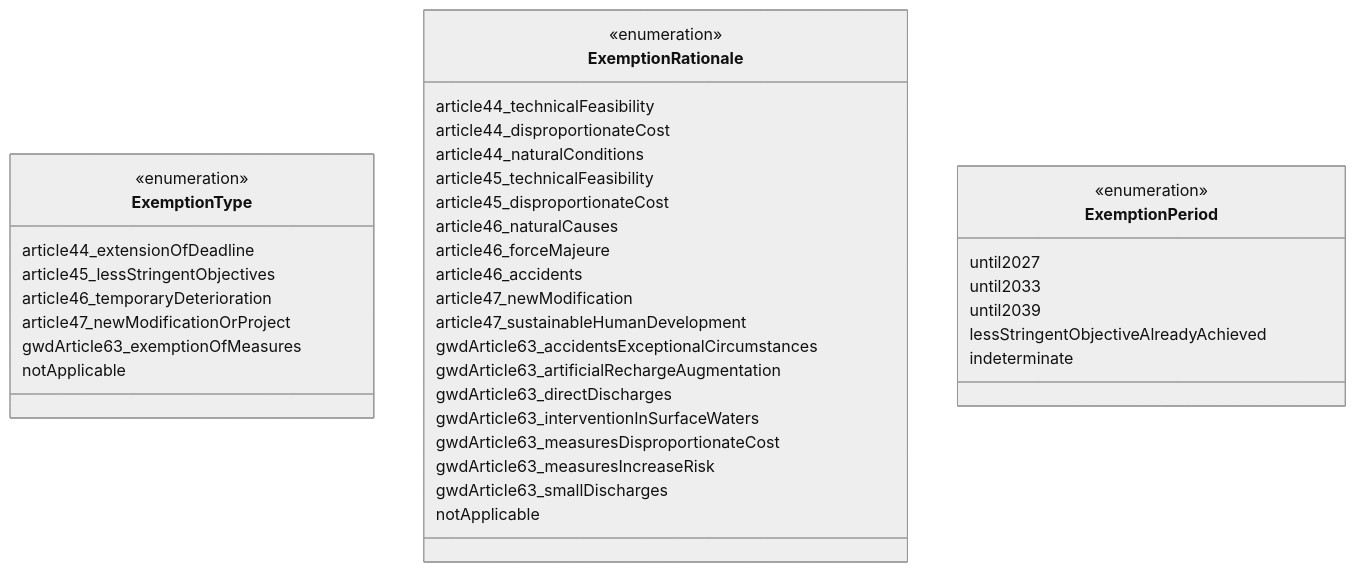
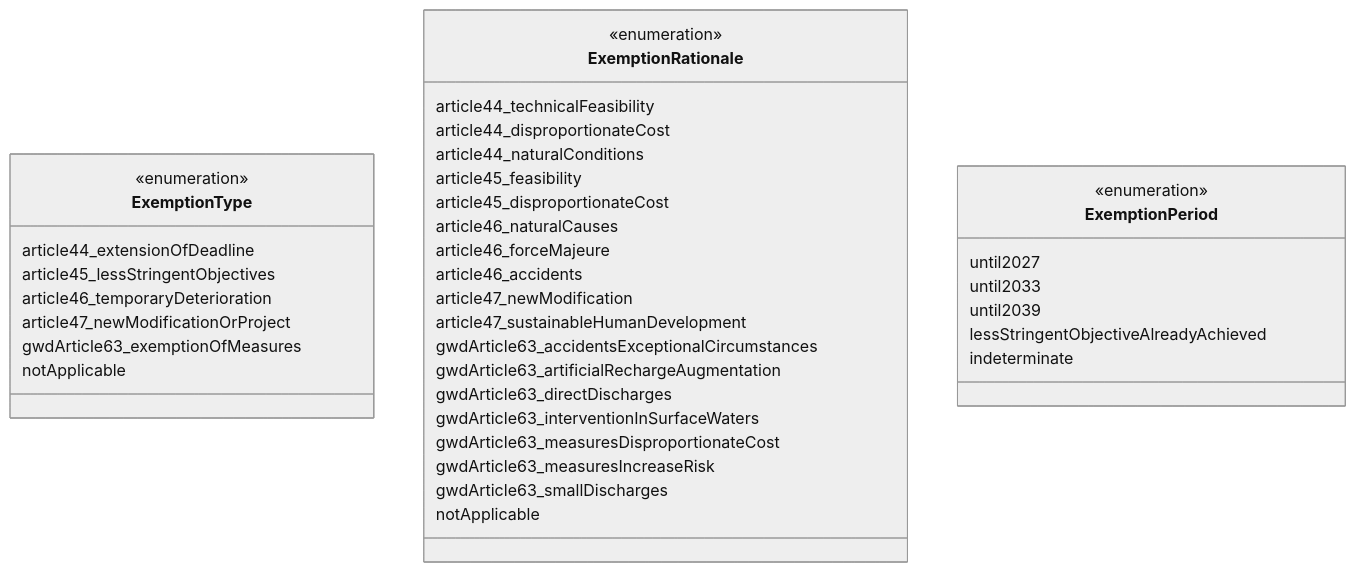
One commit to eeadata/WISE.WFD.Documentation changed the ninth of 9 diagrams in docs/DataModelReview/WFDExemptions.md. Above: the diagram before and after it, drawn with Mermaid. The commit also changed other lines of this file and 3 other files, not shown here.

Commit message:
WFD Exemptions: clarification of the flowcharts, correction of codelist and typos, as per JM feedback 20 April 2026 16:06

````diff
--- a/docs/DataModelReview/WFDExemptions.md
+++ b/docs/DataModelReview/WFDExemptions.md
@@ -315,47 +317,47 @@
 ```{mermaid}
 :name: ExemptionCodelist
 :caption: Codelists associated with the Exemption classes - 4th cycle
 :align: center
 %%{init: {'theme': 'neutral'}}%%
 classDiagram
 class ExemptionType{
     <<enumeration>>
     article44_extensionOfDeadline
     article45_lessStringentObjectives
     article46_temporaryDeterioration
     article47_newModificationOrProject
     gwdArticle63_exemptionOfMeasures
     notApplicable
     }
 
 class ExemptionRationale{
     <<enumeration>>
     article44_technicalFeasibility
     article44_disproportionateCost
     article44_naturalConditions
-    article45_technicalFeasibility
+    article45_feasibility
     article45_disproportionateCost
     article46_naturalCauses
     article46_forceMajeure
     article46_accidents
     article47_newModification
     article47_sustainableHumanDevelopment
     gwdArticle63_accidentsExceptionalCircumstances
     gwdArticle63_artificialRechargeAugmentation
     gwdArticle63_directDischarges
     gwdArticle63_interventionInSurfaceWaters
     gwdArticle63_measuresDisproportionateCost
     gwdArticle63_measuresIncreaseRisk
     gwdArticle63_smallDischarges
     notApplicable
     }
 	
 class ExemptionPeriod{
     <<enumeration>>
     until2027
     until2033
     until2039
     lessStringentObjectiveAlreadyAchieved
     indeterminate
     }
 ```
````
